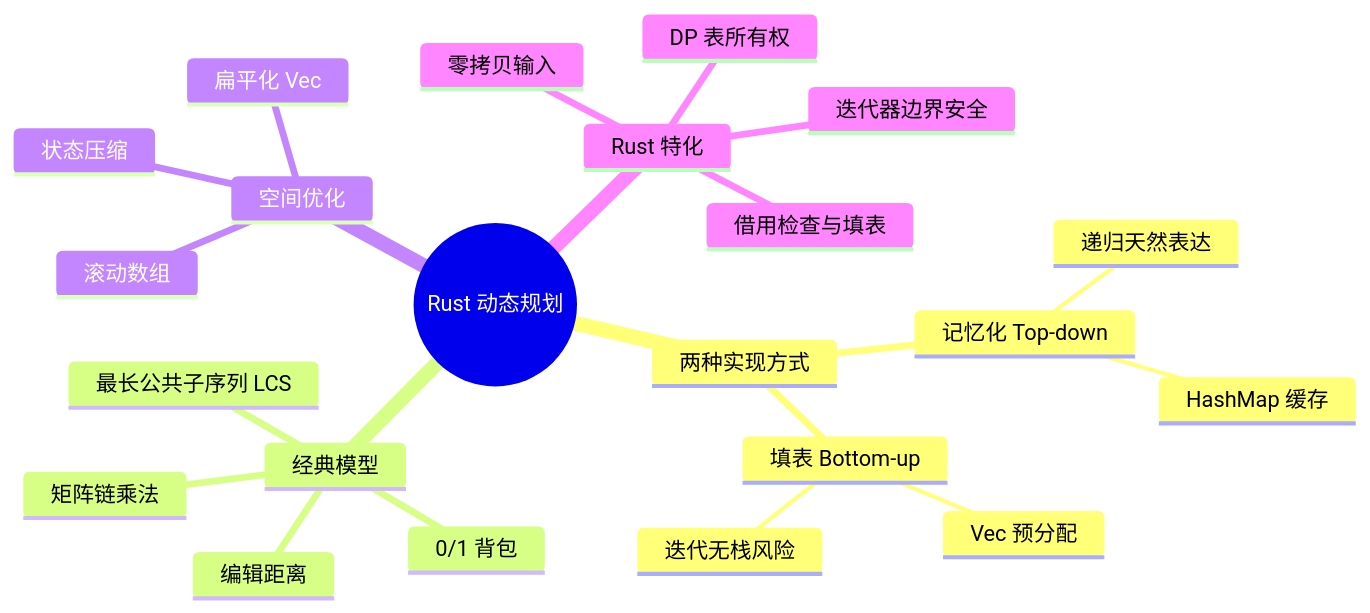
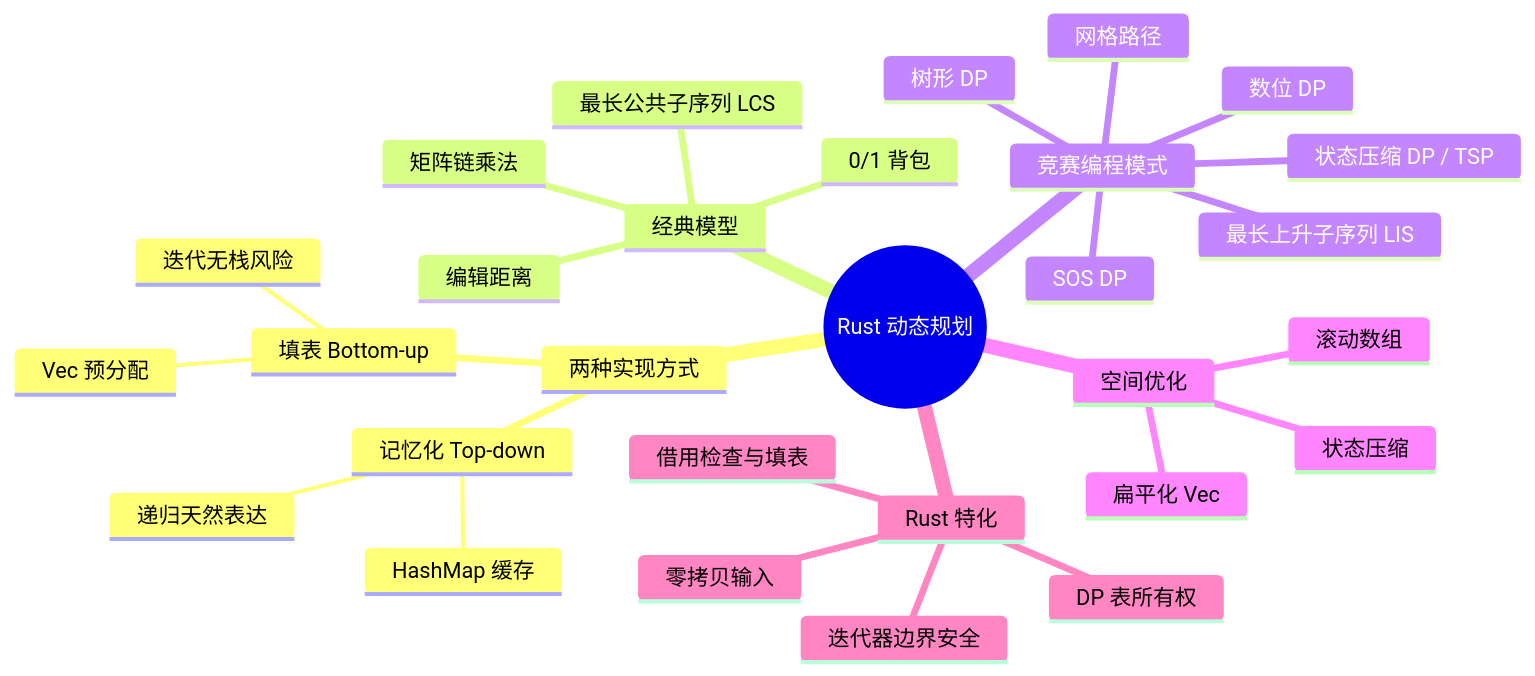
The first of 2 diagrams in concept/06_ecosystem/16_algorithm_patterns/06_dynamic_programming_in_rust.md (martin-ly/rust-lang), drawn with Mermaid before and after one commit. The commit also changed other lines of this file and 71 other files, not shown here.

````diff
--- a/concept/06_ecosystem/16_algorithm_patterns/06_dynamic_programming_in_rust.md
+++ b/concept/06_ecosystem/16_algorithm_patterns/06_dynamic_programming_in_rust.md
@@ -35,25 +35,32 @@
 ```mermaid
 mindmap
   root((Rust 动态规划))
     两种实现方式
       记忆化 Top-down
         HashMap 缓存
         递归天然表达
       填表 Bottom-up
         Vec 预分配
         迭代无栈风险
     经典模型
       0/1 背包
       最长公共子序列 LCS
       编辑距离
       矩阵链乘法
+    竞赛编程模式
+      树形 DP
+      数位 DP
+      状态压缩 DP / TSP
+      SOS DP
+      最长上升子序列 LIS
+      网格路径
     空间优化
       滚动数组
       状态压缩
       扁平化 Vec
     Rust 特化
       DP 表所有权
       借用检查与填表
       零拷贝输入
       迭代器边界安全
 ```
````
